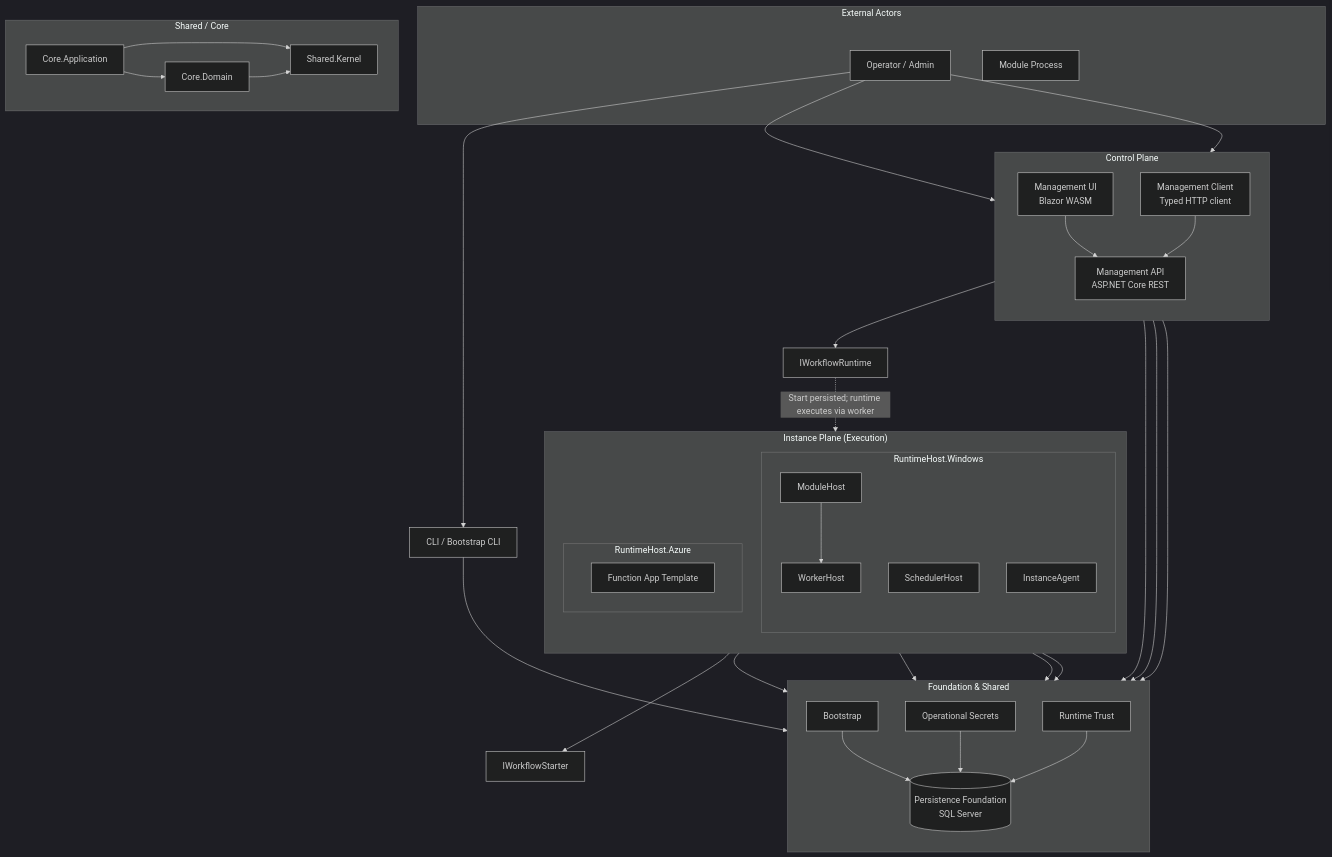
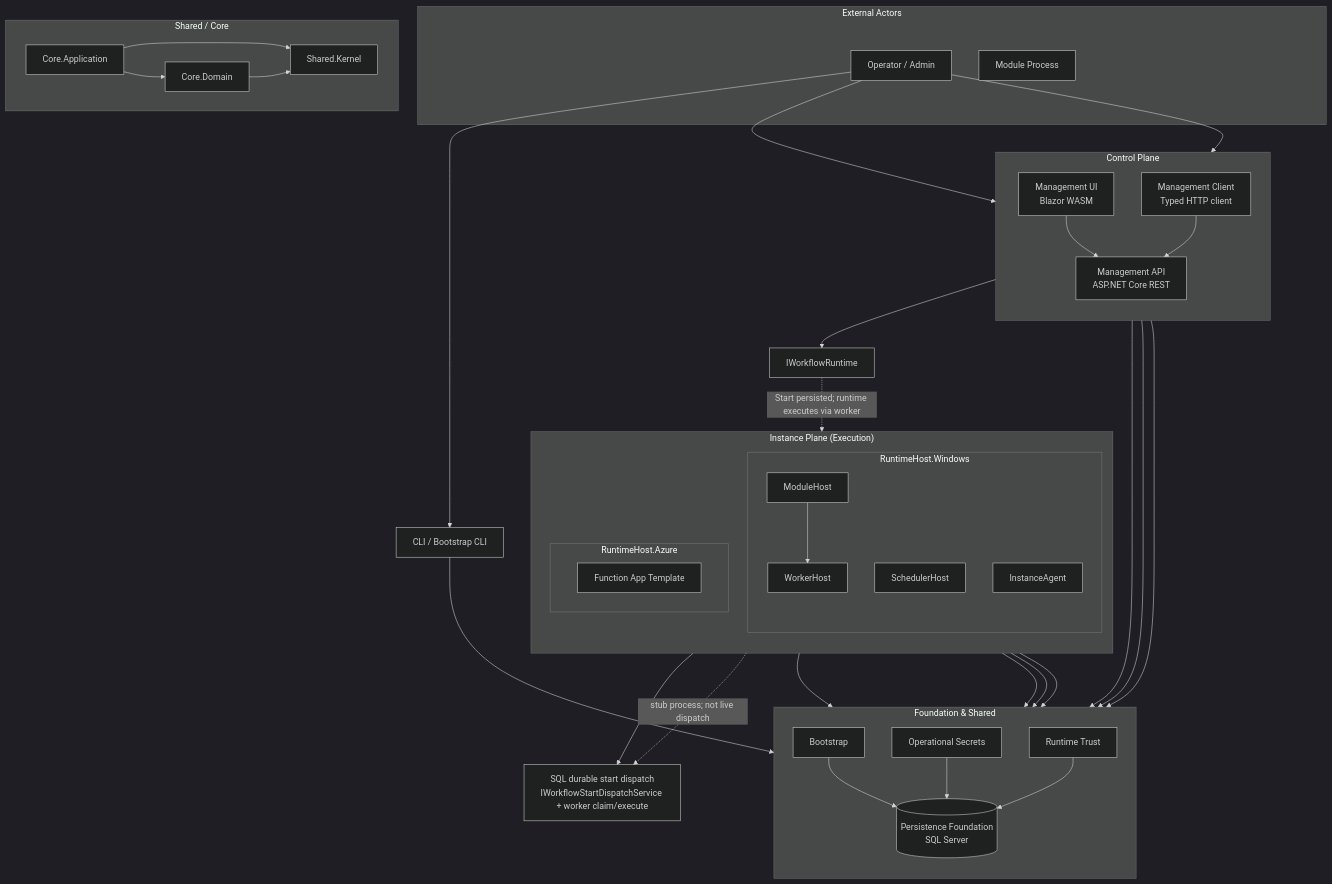
Before and after one commit to Intechral-Solutions/Apperture-Core: the first of 8 diagrams in docs/01-architecture/current-architecture-tracking.md, drawn with Mermaid (dark theme). The commit also changed other lines of this file and 67 other files, not shown here.

````diff
--- a/docs/01-architecture/current-architecture-tracking.md
+++ b/docs/01-architecture/current-architecture-tracking.md
@@ -9,70 +9,71 @@
 ```mermaid
 flowchart TB
     subgraph External["External Actors"]
         Operator[Operator / Admin]
         Module[Module Process]
     end
 
     subgraph ControlPlane["Control Plane"]
         direction TB
         UI[Management UI<br/>Blazor WASM]
         API[Management API<br/>ASP.NET Core REST]
         Client[Management Client<br/>Typed HTTP client]
         UI --> API
         Client --> API
     end
 
     subgraph InstancePlane["Instance Plane (Execution)"]
         direction TB
         subgraph WindowsHost["RuntimeHost.Windows"]
             WorkerHost[WorkerHost]
             ModuleHost[ModuleHost]
             SchedulerHost[SchedulerHost]
             InstanceAgent[InstanceAgent]
         end
         subgraph AzureHost["RuntimeHost.Azure"]
             FuncApp[Function App Template]
         end
     end
 
     subgraph Foundation["Foundation & Shared"]
         direction TB
         Bootstrap[Bootstrap]
         Persistence[(Persistence Foundation<br/>SQL Server)]
         Secrets[Operational Secrets]
         RuntimeTrust[Runtime Trust]
     end
 
     subgraph Shared["Shared / Core"]
         Kernel[Shared.Kernel]
         Domain[Core.Domain]
         Application[Core.Application]
     end
 
     Operator --> UI
     Operator --> CLI
     CLI[CLI / Bootstrap CLI] --> Bootstrap
     Operator --> Client
 
     API --> IWorkflowRuntime
     API --> Persistence
     API --> Secrets
     API --> RuntimeTrust
 
     IWorkflowRuntime[IWorkflowRuntime] -.->|Start persisted; runtime executes via worker| InstancePlane
 
     WorkerHost --> Persistence
     WorkerHost --> Secrets
     WorkerHost --> Bootstrap
     ModuleHost --> WorkerHost
-    SchedulerHost --> IWorkflowStarter
+    WorkerHost --> SqlStartDispatch[SQL durable start dispatch<br/>IWorkflowStartDispatchService + worker claim/execute]
+    SchedulerHost -.->|stub process; not live dispatch| SqlStartDispatch
     InstanceAgent --> Persistence
 
     Bootstrap --> Persistence
     Secrets --> Persistence
     RuntimeTrust --> Persistence
 
     Application --> Domain
     Application --> Kernel
     Domain --> Kernel
 ```
````
